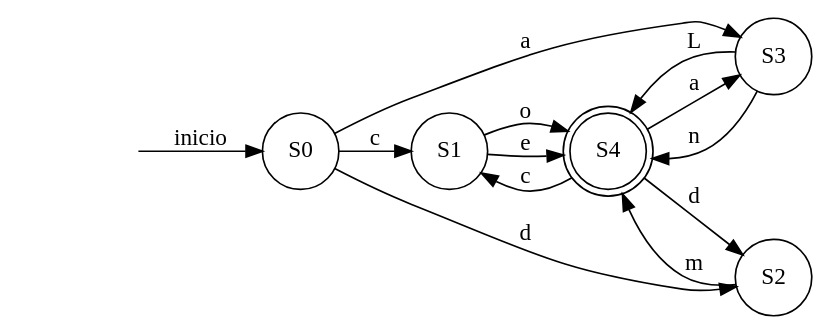
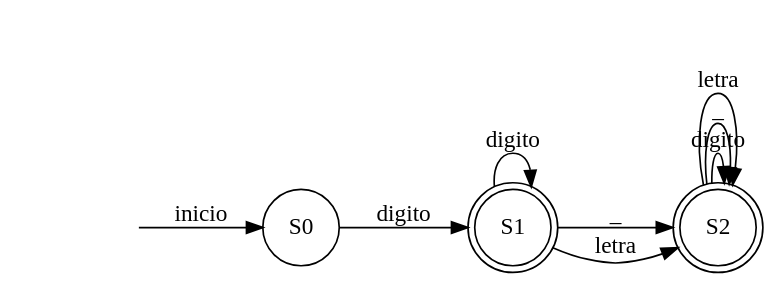
One commit to EstuardoSon/OCL1_202003894_P1 changed the diagram in Reportes_202003894/AFD_202003894/RegEx3.dot. Above: the diagram before and after it, drawn with Graphviz. The commit also changed 41 other files, not shown here.

```diff
--- a/Reportes_202003894/AFD_202003894/RegEx3.dot
+++ b/Reportes_202003894/AFD_202003894/RegEx3.dot
@@ -1,20 +1,14 @@
 digraph G{
 rankdir = LR;
 inicio[style="invis"];inicio->S0 [label="inicio"];
 S0[label="S0"shape=circle];
-S0 -> S1[label="c"]
-S0 -> S2[label="d"]
-S0 -> S3[label="a"]
-S1[label="S1"shape=circle];
-S1 -> S4[label="o"]
-S1 -> S4[label="e"]
-S2[label="S2"shape=circle];
-S2 -> S4[label="m"]
-S3[label="S3"shape=circle];
-S3 -> S4[label="n"]
-S3 -> S4[label="L"]
-S4[label="S4"shape=doublecircle];
-S4 -> S1[label="c"]
-S4 -> S2[label="d"]
-S4 -> S3[label="a"]
+S0 -> S1[label="digito"]
+S1[label="S1"shape=doublecircle];
+S1 -> S1[label="digito"]
+S1 -> S2[label="_"]
+S1 -> S2[label="letra"]
+S2[label="S2"shape=doublecircle];
+S2 -> S2[label="digito"]
+S2 -> S2[label="_"]
+S2 -> S2[label="letra"]
 }
```
